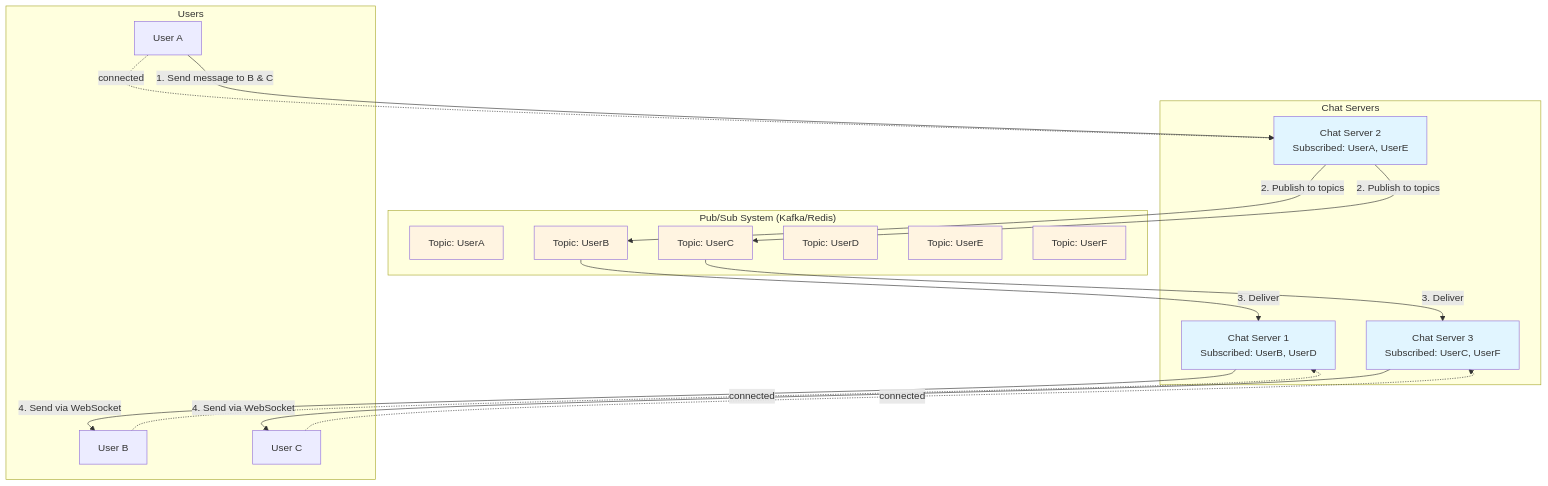
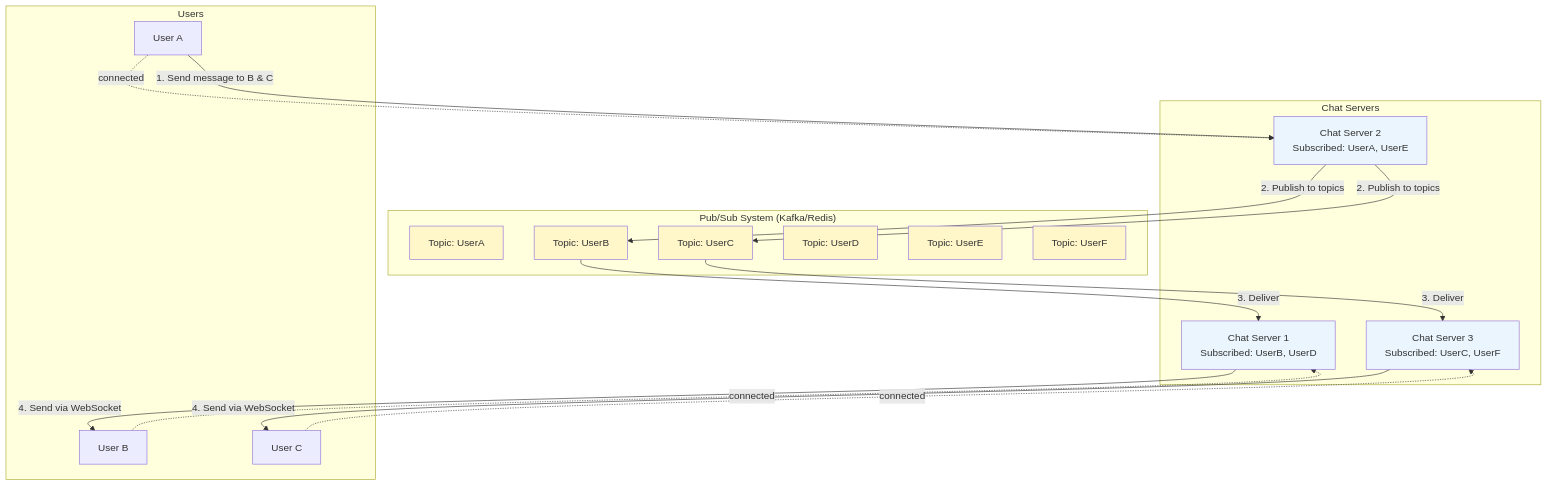
One commit to cartmancodes/InterviewVault changed diagram 15 of 22 in LLD/questions/Design Whatsapp.md. Above: the diagram before and after it, drawn with Mermaid. The commit also changed other lines of this file and 679 other files, not shown here.

Commit message:
Unify content diagrams and add accessible visual walkthroughs

````diff
--- a/LLD/questions/Design Whatsapp.md
+++ b/LLD/questions/Design Whatsapp.md
@@ -818,43 +818,43 @@
 ```mermaid
 graph TB
     subgraph "Chat Servers"
         CS1[Chat Server 1<br/>Subscribed: UserB, UserD]
         CS2[Chat Server 2<br/>Subscribed: UserA, UserE]
         CS3[Chat Server 3<br/>Subscribed: UserC, UserF]
     end
     
     subgraph "Pub/Sub System (Kafka/Redis)"
         T1[Topic: UserA]
         T2[Topic: UserB]
         T3[Topic: UserC]
         T4[Topic: UserD]
         T5[Topic: UserE]
         T6[Topic: UserF]
     end
     
     subgraph "Users"
         UA[User A] -.->|connected| CS2
         UB[User B] -.->|connected| CS1
         UC[User C] -.->|connected| CS3
     end
     
     UA -->|1. Send message to B & C| CS2
     CS2 -->|2. Publish to topics| T2
     CS2 -->|2. Publish to topics| T3
     
     T2 -->|3. Deliver| CS1
     T3 -->|3. Deliver| CS3
     
     CS1 -->|4. Send via WebSocket| UB
     CS3 -->|4. Send via WebSocket| UC
     
-    style CS1 fill:#e1f5ff
-    style CS2 fill:#e1f5ff
-    style CS3 fill:#e1f5ff
-    style T1 fill:#fff4e1
-    style T2 fill:#fff4e1
-    style T3 fill:#fff4e1
-    style T4 fill:#fff4e1
-    style T5 fill:#fff4e1
-    style T6 fill:#fff4e1
+    style CS1 fill:#EAF5FD
+    style CS2 fill:#EAF5FD
+    style CS3 fill:#EAF5FD
+    style T1 fill:#FFF6C9
+    style T2 fill:#FFF6C9
+    style T3 fill:#FFF6C9
+    style T4 fill:#FFF6C9
+    style T5 fill:#FFF6C9
+    style T6 fill:#FFF6C9
 ```
````
